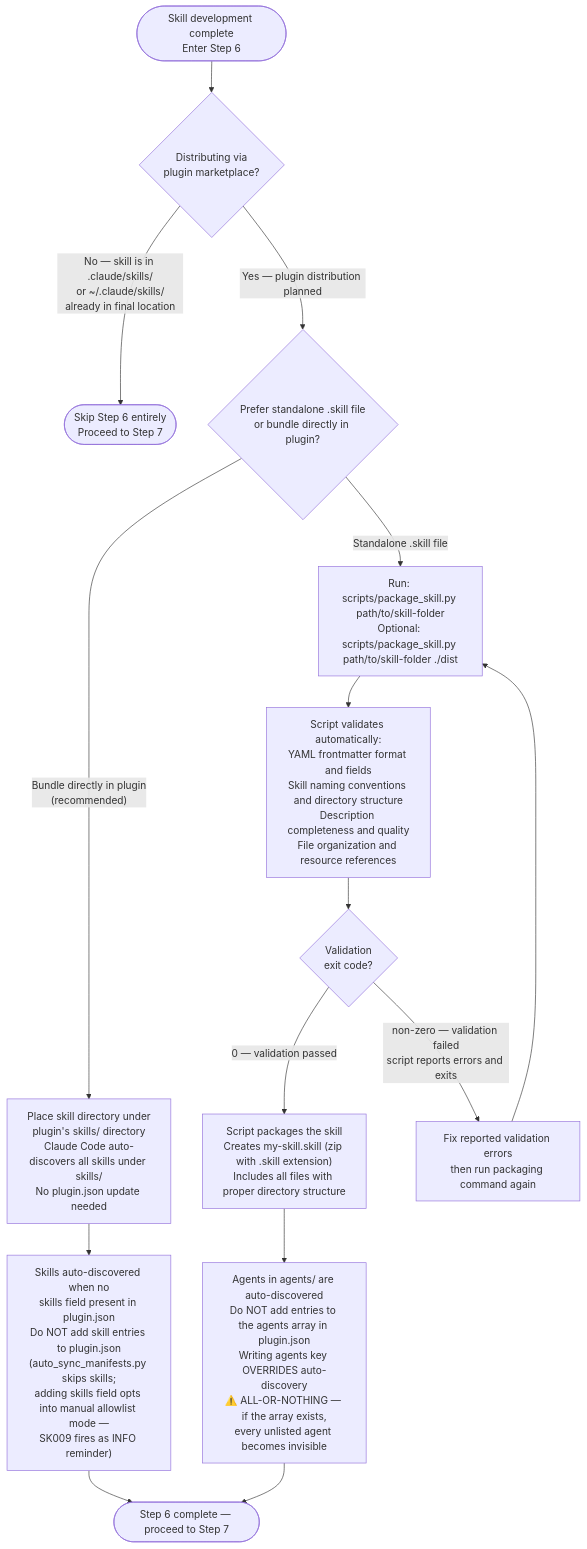
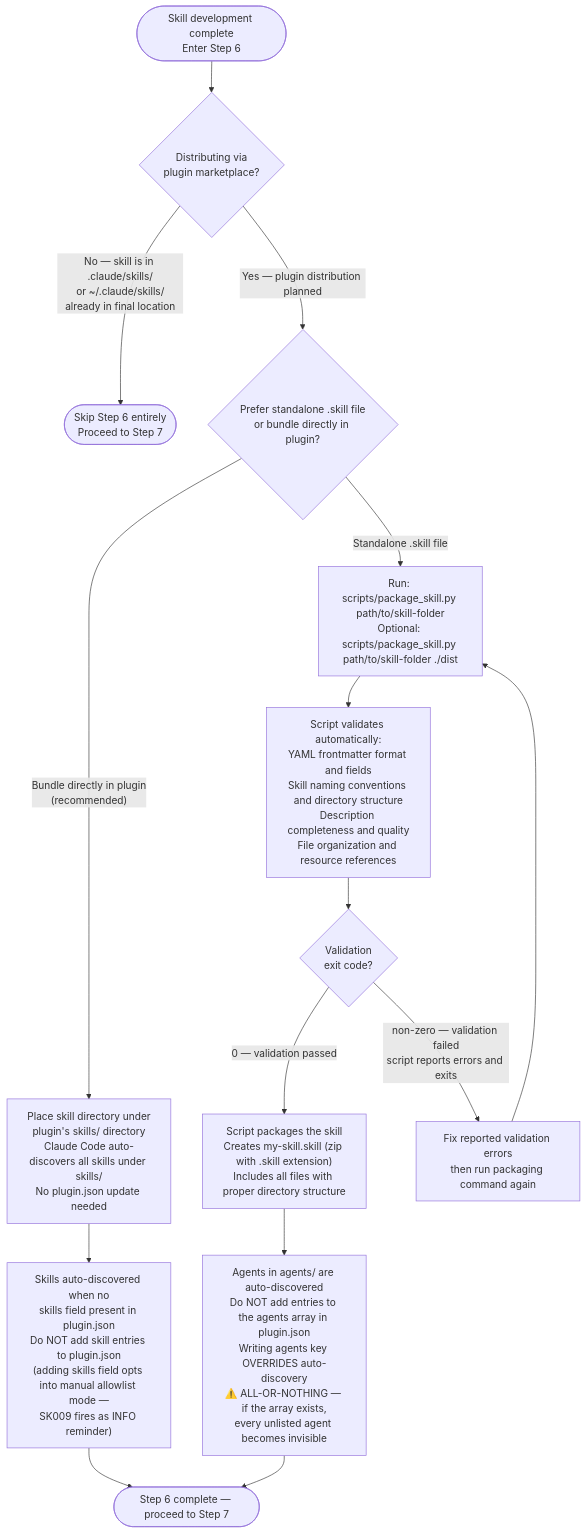
Before and after one commit to Jamie-BitFlight/claude_skills: the fifth of 5 diagrams in plugins/plugin-creator/skills/skill-creator/SKILL.md, drawn with Mermaid. The commit also changed 24 other files, not shown here.

First line of the commit message:
refactor(plugin-creator)!: delete the legacy manifest sync scripts

````diff
--- a/plugins/plugin-creator/skills/skill-creator/SKILL.md
+++ b/plugins/plugin-creator/skills/skill-creator/SKILL.md
@@ -552,17 +552,17 @@
 ```mermaid
 flowchart TD
     Start(["Skill development complete<br>Enter Step 6"]) --> Q{"Distributing via<br>plugin marketplace?"}
     Q -->|"No — skill is in .claude/skills/<br>or ~/.claude/skills/<br>already in final location"| Skip(["Skip Step 6 entirely<br>Proceed to Step 7"])
     Q -->|"Yes — plugin distribution planned"| Q2{"Prefer standalone .skill file<br>or bundle directly in plugin?"}
     Q2 -->|"Bundle directly in plugin<br>(recommended)"| Bundle["Place skill directory under<br>plugin's skills/ directory<br>Claude Code auto-discovers all skills under skills/<br>No plugin.json update needed"]
     Q2 -->|"Standalone .skill file"| RunPkg["Run: scripts/package_skill.py path/to/skill-folder<br>Optional: scripts/package_skill.py path/to/skill-folder ./dist"]
     RunPkg --> Validate["Script validates automatically:<br>YAML frontmatter format and fields<br>Skill naming conventions and directory structure<br>Description completeness and quality<br>File organization and resource references"]
     Validate --> VQ{"Validation<br>exit code?"}
     VQ -->|"0 — validation passed"| Package["Script packages the skill<br>Creates my-skill.skill (zip with .skill extension)<br>Includes all files with proper directory structure"]
     VQ -->|"non-zero — validation failed<br>script reports errors and exits"| Fix["Fix reported validation errors<br>then run packaging command again"]
     Fix --> RunPkg
-    Bundle --> SkillReg["Skills auto-discovered when no<br>skills field present in plugin.json<br>Do NOT add skill entries to plugin.json<br>(auto_sync_manifests.py skips skills;<br>adding skills field opts into manual allowlist mode —<br>SK009 fires as INFO reminder)"]
+    Bundle --> SkillReg["Skills auto-discovered when no<br>skills field present in plugin.json<br>Do NOT add skill entries to plugin.json<br>(adding skills field opts into manual allowlist mode —<br>SK009 fires as INFO reminder)"]
     Package --> AgentReg["Agents in agents/ are auto-discovered<br>Do NOT add entries to the agents array in plugin.json<br>Writing agents key OVERRIDES auto-discovery<br>⚠️ ALL-OR-NOTHING — if the array exists,<br>every unlisted agent becomes invisible"]
     SkillReg --> Done(["Step 6 complete — proceed to Step 7"])
     AgentReg --> Done
 ```
````
